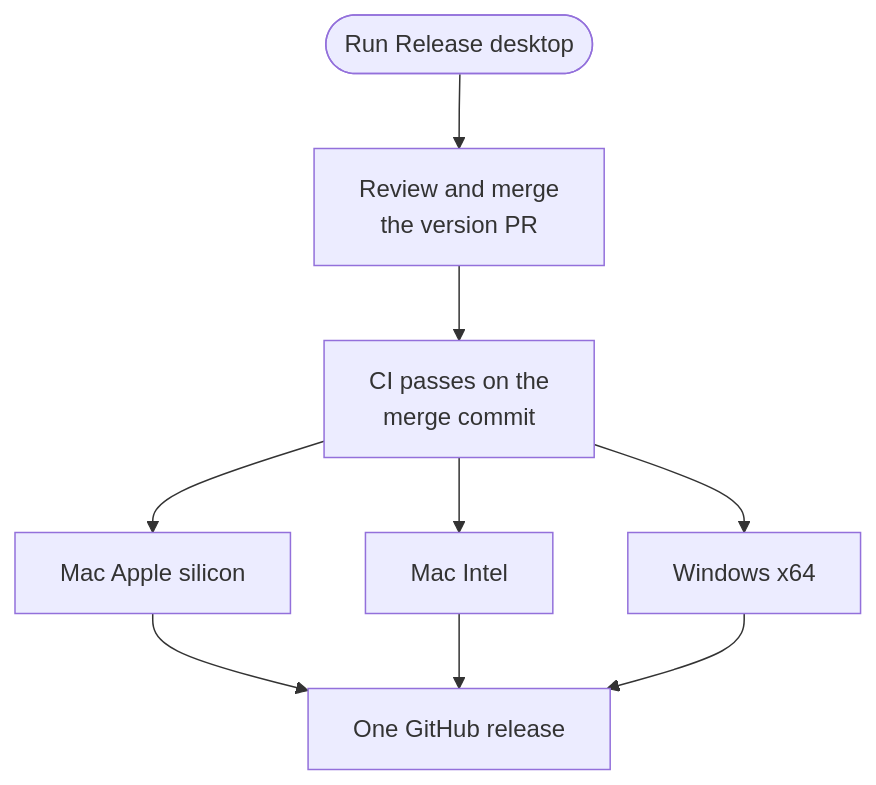
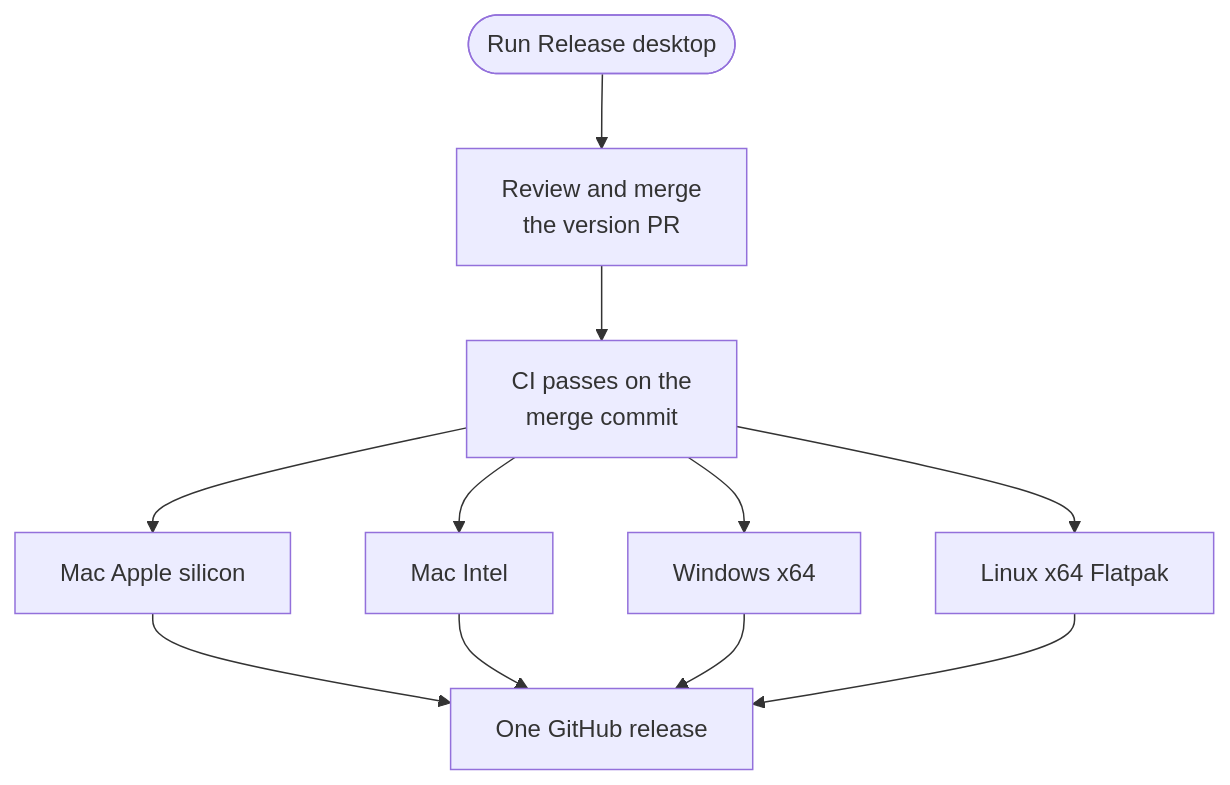
Before and after one commit to KrishBhimani/nod: the diagram in docs/src/content/docs/contribute/desktop-releases.mdx, drawn with Mermaid. The commit also changed other lines of this file and 34 other files, not shown here.

Commit message:
feat(desktop): add Linux Flatpak builds to desktop releases

````diff
--- a/docs/src/content/docs/contribute/desktop-releases.mdx
+++ b/docs/src/content/docs/contribute/desktop-releases.mdx
@@ -14,11 +14,13 @@
 ```mermaid
 flowchart TD
   run([Run Release desktop]):::accent --> pr[Review and merge<br/>the version PR]
   pr --> ci[CI passes on the<br/>merge commit]
   ci --> arm[Mac Apple silicon]
   ci --> intel[Mac Intel]
   ci --> win[Windows x64]
+  ci --> linux[Linux x64 Flatpak]
   arm --> rel[One GitHub release]:::go
   intel --> rel
   win --> rel
+  linux --> rel
 ```
````
